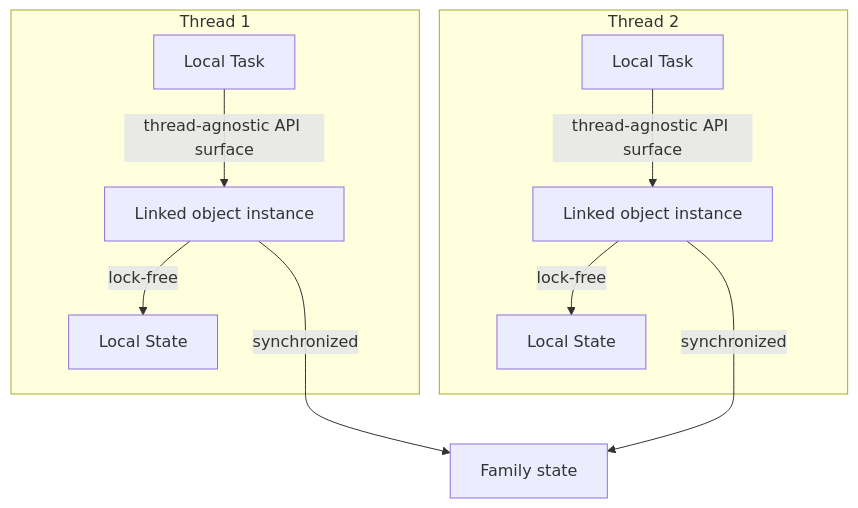
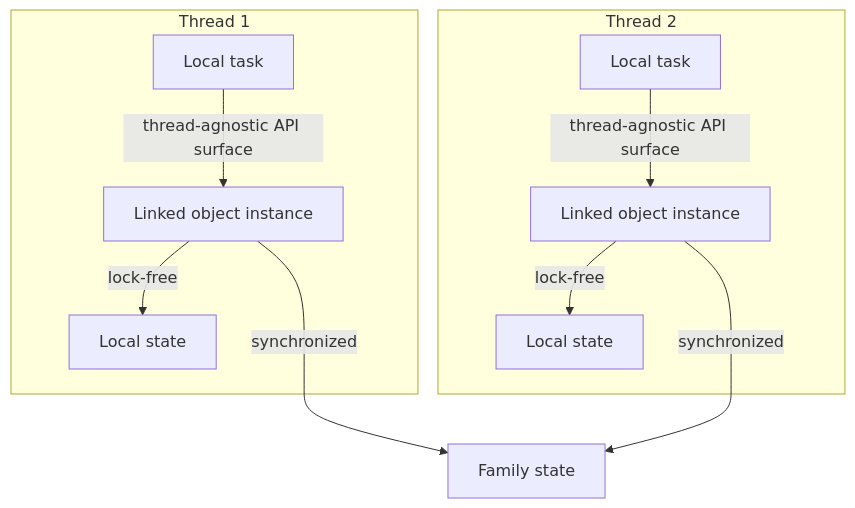
Before and after one commit to folo-rs/folo: the diagram in crates/linked/doc/linked.mermaid, drawn with Mermaid. The commit also changed 5 other files, not shown here.

```diff
--- a/crates/linked/doc/linked.mermaid
+++ b/crates/linked/doc/linked.mermaid
@@ -1,17 +1,17 @@
 graph TD
     direction LR
     
     subgraph Thread1[Thread 1]
-        Task1[Local Task] -->|thread-agnostic API surface| Instance1[Linked object instance]
-        Instance1 -->|lock-free| Local1[Local State]
+        Task1[Local task] -->|thread-agnostic API surface| Instance1[Linked object instance]
+        Instance1 -->|lock-free| Local1[Local state]
     end
     
     subgraph Thread2[Thread 2]
-        Task2[Local Task] -->|thread-agnostic API surface| Instance2[Linked object instance]
-        Instance2 -->|lock-free| Local2[Local State]
+        Task2[Local task] -->|thread-agnostic API surface| Instance2[Linked object instance]
+        Instance2 -->|lock-free| Local2[Local state]
     end
     
     SS[Family state]
 
     Instance1 --->|synchronized| SS
     Instance2 --->|synchronized| SS
```
